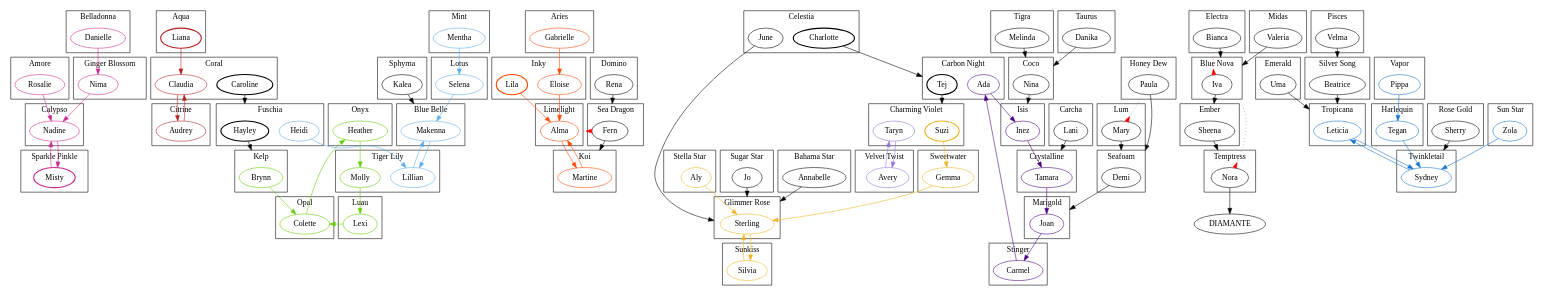
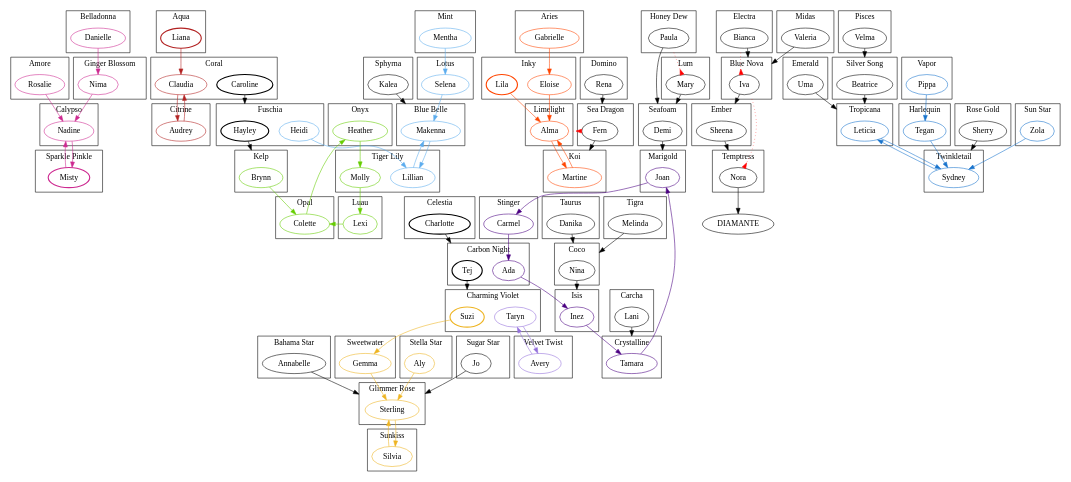
One commit to besslwalker/crowdstar-graphs changed the diagram in Mermaids.dot. Above: the diagram before and after it, drawn with Graphviz.

Commit message:
Removed an excess Celestia mermaid.

```diff
--- a/Mermaids.dot
+++ b/Mermaids.dot
@@ -67,10 +67,8 @@
     subgraph clusterCelestia {
         label = Celestia;
         Charlotte [style = bold];
-        June;
     }
     Charlotte -> Tej [lhead = clusterCarbonNight];
-    June -> Sterling [lhead = clusterGlimmerRose];
     
     subgraph clusterCharmingViolet {
         label = "Charming Violet";
```
